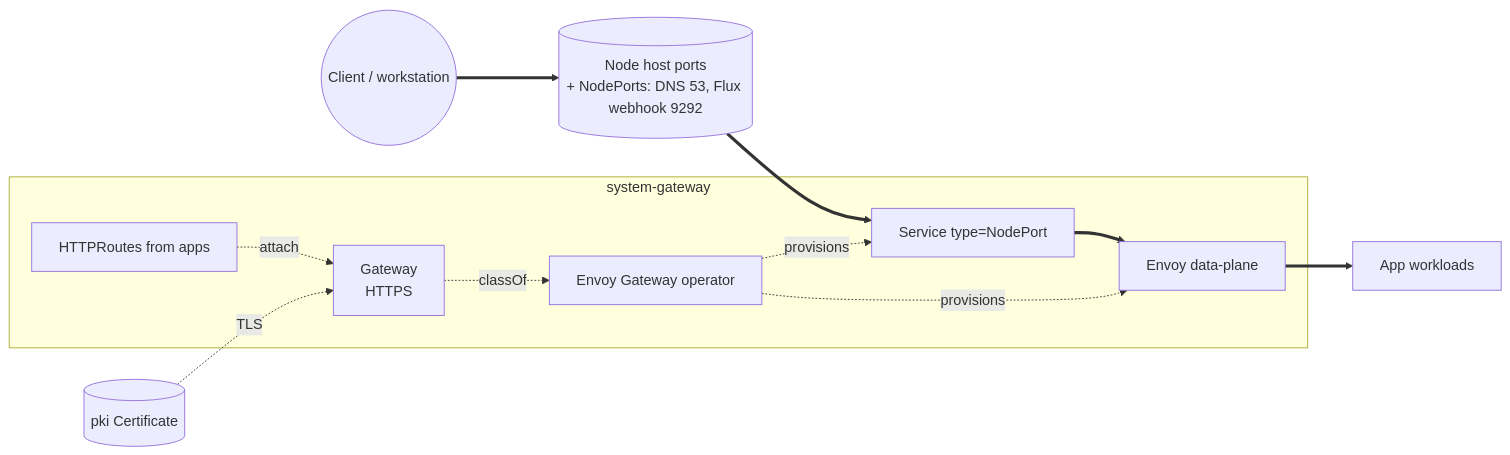
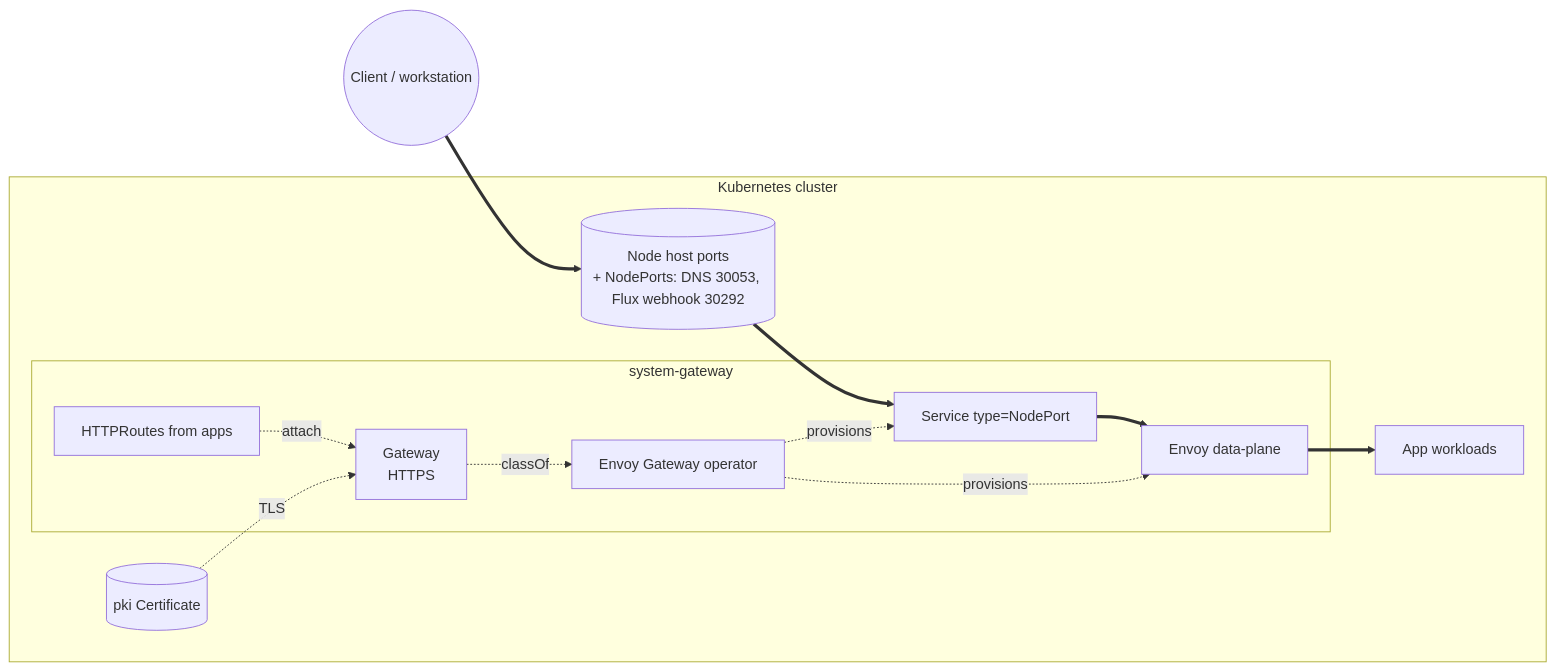
The second of 4 diagrams in kustomize/gateway/README.md (windsorcli/core), drawn with Mermaid before and after one commit. The commit also changed other lines of this file and 9 other files, not shown here.

````diff
--- a/kustomize/gateway/README.md
+++ b/kustomize/gateway/README.md
@@ -107,22 +115,25 @@
 ```mermaid
 flowchart LR
   client((Client / workstation))
 
-  subgraph systemgateway[system-gateway]
-    op[Envoy Gateway operator]
-    gw[Gateway<br/>HTTPS]
-    routes[HTTPRoutes from apps]
-    svc[Service type=NodePort]
-    envoy[Envoy data-plane]
+  subgraph cluster[Kubernetes cluster]
+    node[(Node host ports<br/>+ NodePorts: DNS 30053, Flux webhook 30292)]
+
+    subgraph systemgateway[system-gateway]
+      op[Envoy Gateway operator]
+      gw[Gateway<br/>HTTPS]
+      routes[HTTPRoutes from apps]
+      svc[Service type=NodePort]
+      envoy[Envoy data-plane]
+    end
+
+    cert[(pki Certificate)]
+    app[App workloads]
   end
-
-  node[(Node host ports<br/>+ NodePorts: DNS 53, Flux webhook 9292)]
-  cert[(pki Certificate)]
-  app[App workloads]
 
   client ==> node ==> svc ==> envoy ==> app
   op -. provisions .-> svc & envoy
   gw -. classOf .-> op
   routes -. attach .-> gw
   cert -. TLS .-> gw
 ```
````
